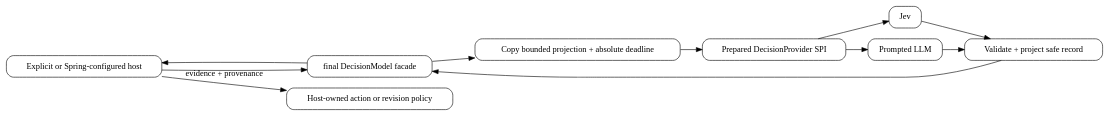
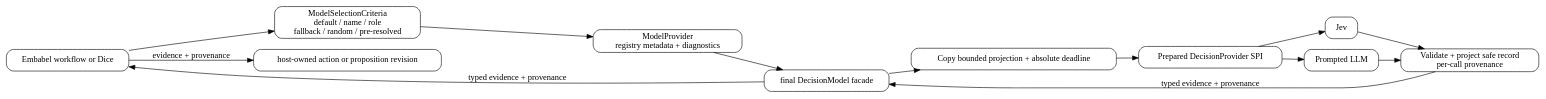
One commit to embabel/embabel-agent changed the diagram in embabel-agent-docs/src/main/asciidoc/reference/diagrams/decision-flow.dot. Above: the diagram before and after it, drawn with Graphviz. The commit also changed 10 other files, not shown here.

```diff
--- a/embabel-agent-docs/src/main/asciidoc/reference/diagrams/decision-flow.dot
+++ b/embabel-agent-docs/src/main/asciidoc/reference/diagrams/decision-flow.dot
@@ -1,19 +1,21 @@
 digraph DecisionFlow {
   rankdir=LR;
   node [shape=box, style="rounded"];
-  host [label="Explicit or Spring-configured host"];
+  host [label="Embabel workflow or Dice"];
+  criteria [label="ModelSelectionCriteria\ndefault / name / role\nfallback / random / pre-resolved"];
+  registry [label="ModelProvider\nregistry metadata + diagnostics"];
   facade [label="final DecisionModel facade"];
   prepare [label="Copy bounded projection + absolute deadline"];
   spi [label="Prepared DecisionProvider SPI"];
   jev [label="Jev"];
   prompted [label="Prompted LLM"];
-  validate [label="Validate + project safe record"];
-  policy [label="Host-owned action or revision policy"];
-  host -> facade -> prepare -> spi;
+  validate [label="Validate + project safe record\nper-call provenance"];
+  policy [label="host-owned action or proposition revision"];
+  host -> criteria -> registry -> facade -> prepare -> spi;
   spi -> jev;
   spi -> prompted;
   jev -> validate;
   prompted -> validate;
-  validate -> facade -> host;
+  validate -> facade -> host [label=" typed evidence + provenance"];
   host -> policy [label=" evidence + provenance"];
 }
```
